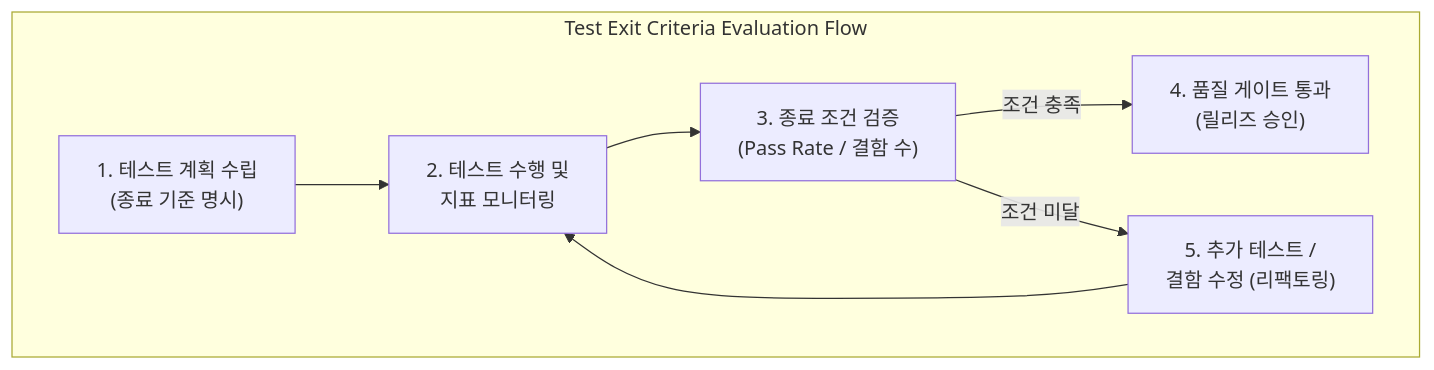
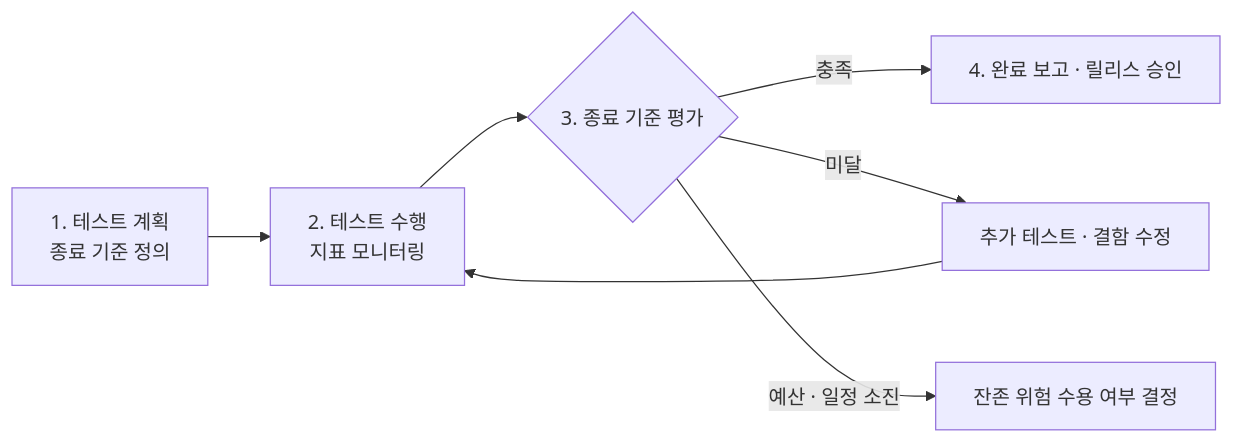
The diagram in content/01_IT Tech/Test Exit Criteria.md (supremethumb/supremethumb.github.io), drawn with Mermaid before and after one commit. The commit also changed other lines of this file and 1087 other files, not shown here.

````diff
--- a/content/01_IT Tech/Test Exit Criteria.md
+++ b/content/01_IT Tech/Test Exit Criteria.md
@@ -23,12 +35,9 @@
 ```mermaid
-flowchart TB
-    subgraph Process["Test Exit Criteria Evaluation Flow"]
-        direction LR
-        P1["1. 테스트 계획 수립<br/>(종료 기준 명시)"] --> P2["2. 테스트 수행 및<br/>지표 모니터링"]
-        P2 --> P3["3. 종료 조건 검증<br/>(Pass Rate / 결함 수)"]
-        P3 -->|조건 충족| P4["4. 품질 게이트 통과<br/>(릴리즈 승인)"]
-        P3 -->|조건 미달| P5["5. 추가 테스트 /<br/>결함 수정 (리팩토링)"]
-        P5 --> P2
-    end
-
+flowchart LR
+    P1["1. 테스트 계획<br/>종료 기준 정의"] --> P2["2. 테스트 수행<br/>지표 모니터링"]
+    P2 --> P3{"3. 종료 기준 평가"}
+    P3 -- "충족" --> P4["4. 완료 보고 · 릴리스 승인"]
+    P3 -- "미달" --> P5["추가 테스트 · 결함 수정"]
+    P5 --> P2
+    P3 -- "예산 · 일정 소진" --> P6["잔존 위험 수용 여부 결정"]
 ```
````
